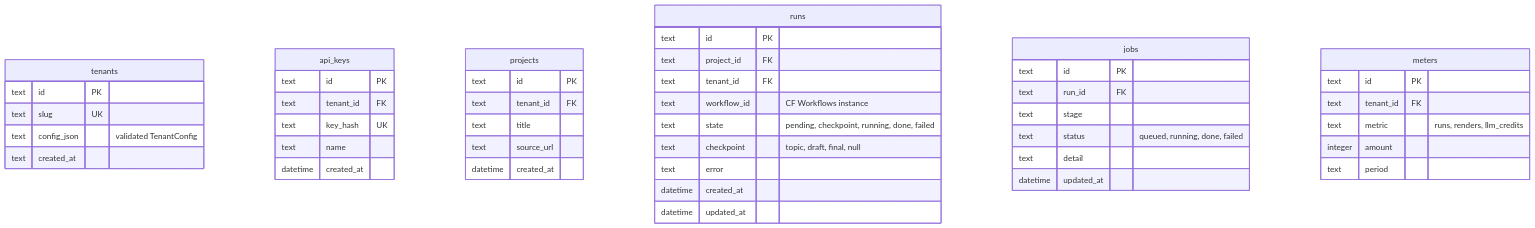
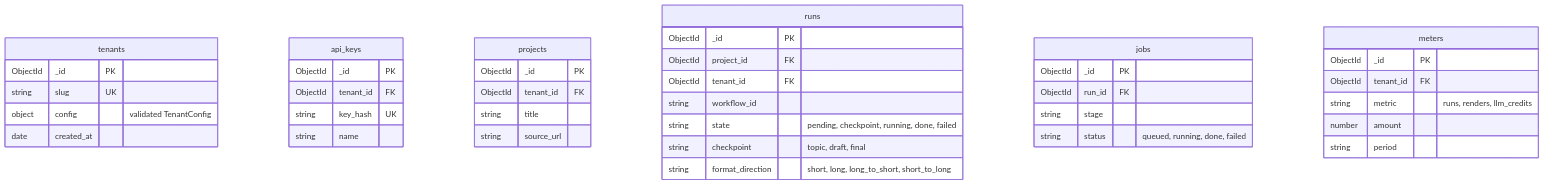
One commit to noah-sheldon/contentforge changed the third of 8 diagrams in docs/lld.md. Above: the diagram before and after it, drawn with Mermaid. The commit also changed other lines of this file and 2 other files, not shown here.

First line of the commit message:
docs: final stack — Atlas Mongo + Hetzner OBJ + Netcup VM compute

````diff
--- a/docs/lld.md
+++ b/docs/lld.md
@@ -62,49 +66,43 @@
 ```mermaid
 erDiagram
     tenants {
-        text id PK
-        text slug UK
-        text config_json "validated TenantConfig"
-        text created_at
+        ObjectId _id PK
+        string slug UK
+        object config "validated TenantConfig"
+        date created_at
     }
     api_keys {
-        text id PK
-        text tenant_id FK
-        text key_hash UK
-        text name
-        datetime created_at
+        ObjectId _id PK
+        ObjectId tenant_id FK
+        string key_hash UK
+        string name
     }
     projects {
-        text id PK
-        text tenant_id FK
-        text title
-        text source_url
-        datetime created_at
+        ObjectId _id PK
+        ObjectId tenant_id FK
+        string title
+        string source_url
     }
     runs {
-        text id PK
-        text project_id FK
-        text tenant_id FK
-        text workflow_id "CF Workflows instance"
-        text state "pending, checkpoint, running, done, failed"
-        text checkpoint "topic, draft, final, null"
-        text error
-        datetime created_at
-        datetime updated_at
+        ObjectId _id PK
+        ObjectId project_id FK
+        ObjectId tenant_id FK
+        string workflow_id
+        string state "pending, checkpoint, running, done, failed"
+        string checkpoint "topic, draft, final"
+        string format_direction "short, long, long_to_short, short_to_long"
     }
     jobs {
-        text id PK
-        text run_id FK
-        text stage
-        text status "queued, running, done, failed"
-        text detail
-        datetime updated_at
+        ObjectId _id PK
+        ObjectId run_id FK
+        string stage
+        string status "queued, running, done, failed"
     }
     meters {
-        text id PK
-        text tenant_id FK
-        text metric "runs, renders, llm_credits"
-        integer amount
-        text period
+        ObjectId _id PK
+        ObjectId tenant_id FK
+        string metric "runs, renders, llm_credits"
+        number amount
+        string period
     }
 ```
````
